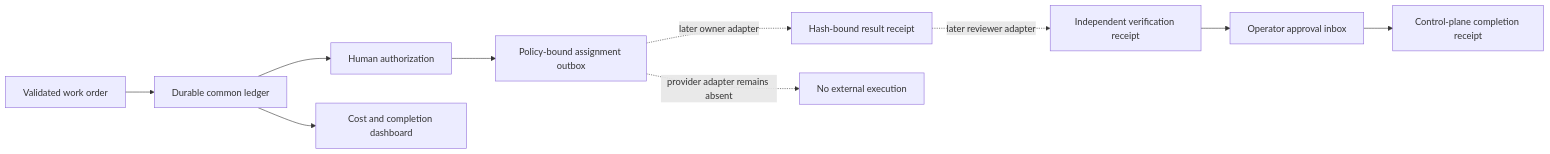
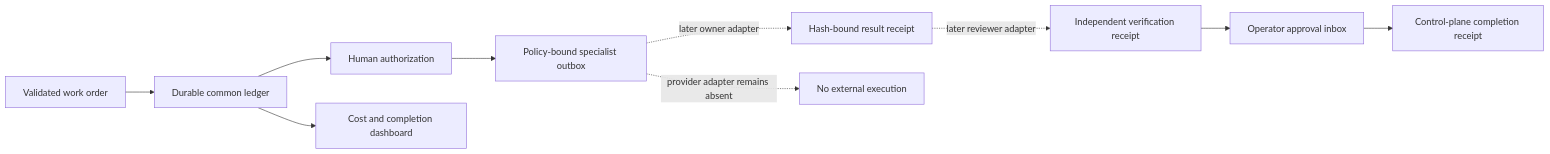
One commit to jadenlee7/coineasy-content-engine changed the second of 2 diagrams in docs/ADR-018-ai-company-control-plane.md. Above: the diagram before and after it, drawn with Mermaid. The commit also changed other lines of this file and 17 other files, not shown here.

````diff
--- a/docs/ADR-018-ai-company-control-plane.md
+++ b/docs/ADR-018-ai-company-control-plane.md
@@ -164,12 +166,12 @@
 ```mermaid
 flowchart LR
     P["Validated work order"] --> L["Durable common ledger"]
     L --> H["Human authorization"]
-    H --> A["Policy-bound assignment outbox"]
+    H --> A["Policy-bound specialist outbox"]
     A -. "later owner adapter" .-> R["Hash-bound result receipt"]
     R -. "later reviewer adapter" .-> V["Independent verification receipt"]
     V --> I["Operator approval inbox"]
     I --> C["Control-plane completion receipt"]
     L --> D["Cost and completion dashboard"]
     A -. "provider adapter remains absent" .-> X["No external execution"]
 ```
````
